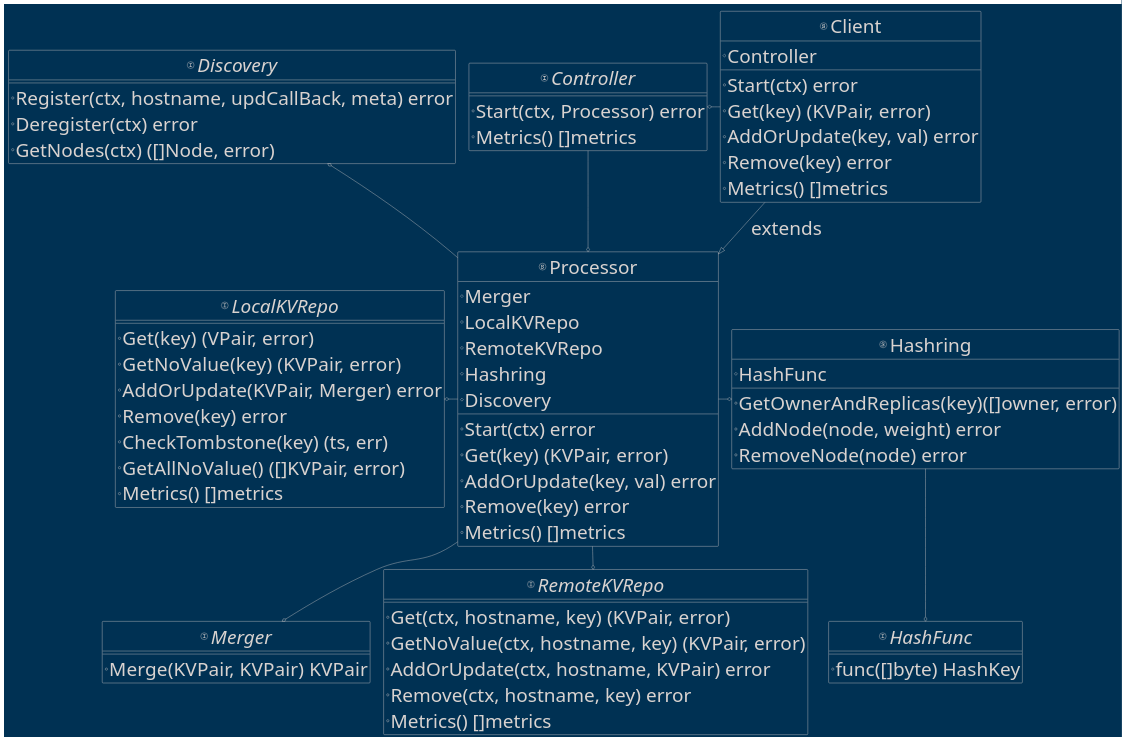
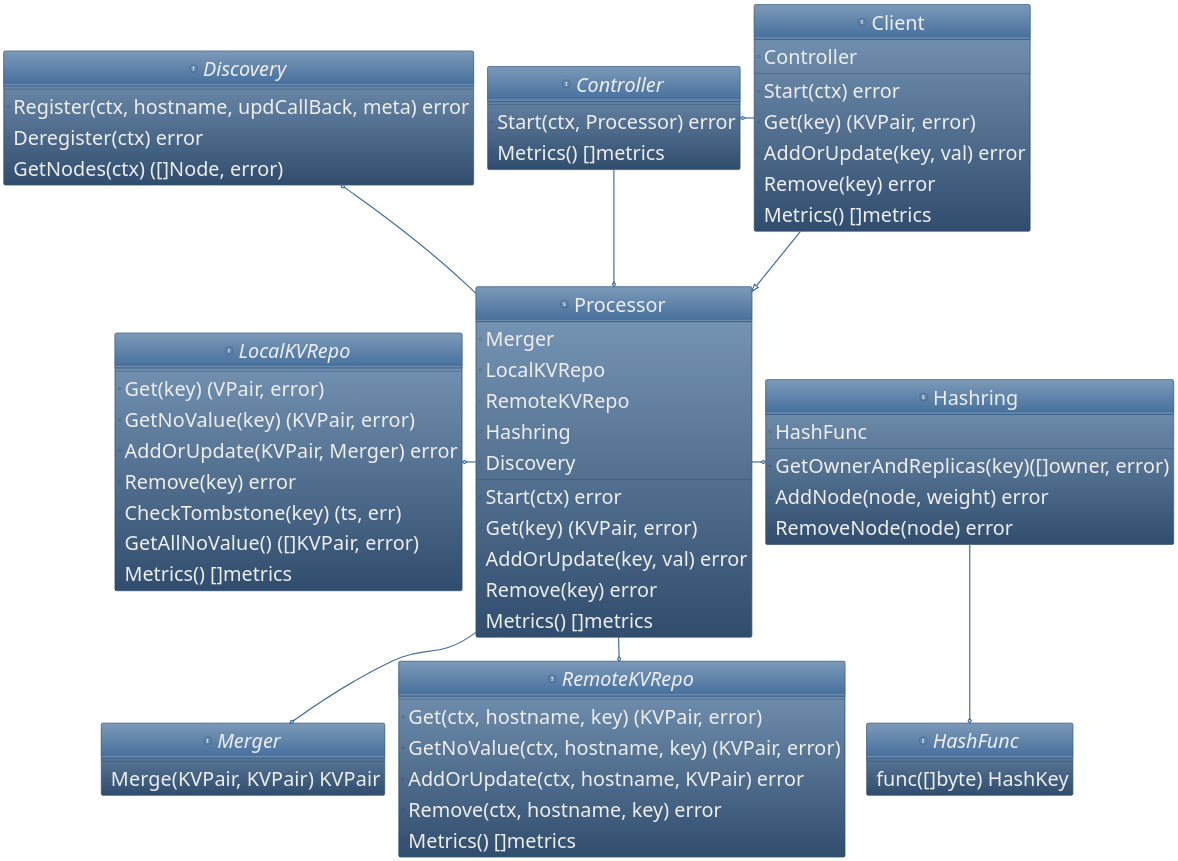
Before and after one commit to horockey/dkv: the diagram in docs/src/components_concept.puml, drawn with PlantUML. The commit also changed 6 other files, not shown here.

```diff
--- a/docs/src/components_concept.puml
+++ b/docs/src/components_concept.puml
@@ -1,88 +1,88 @@
 @startuml classes
-!theme blueprint
+!theme spacelab
 ' skinparam classFontSize 20
 skinparam classAttributeFontSize 50
 skinparam arrowFontSize 50
 ' skinparam monochrome 
 
 struct Client{
     # Controller
     + Start(ctx) error
     + Get(key) (KVPair, error)
     + AddOrUpdate(key, val) error
     + Remove(key) error
     + Metrics() []metrics
 }
 
 struct Processor{
     # Merger
     # LocalKVRepo
     # RemoteKVRepo
     # Hashring
     # Discovery
 
     + Start(ctx) error
     + Get(key) (KVPair, error)
     + AddOrUpdate(key, val) error
     + Remove(key) error
     + Metrics() []metrics
 }
 
 interface Discovery{
     + Register(ctx, hostname, updCallBack, meta) error
     + Deregister(ctx) error
     + GetNodes(ctx) ([]Node, error)
 }
 
 struct Hashring{
     # HashFunc
     + GetOwnerAndReplicas(key)([]owner, error)
     + AddNode(node, weight) error
     + RemoveNode(node) error
 }
 
 Interface HashFunc{
     + func([]byte) HashKey
 }
 
 
 Hashring --o HashFunc
 
 interface Merger{
     + Merge(KVPair, KVPair) KVPair
 }
 
 interface Controller{
     + Start(ctx, Processor) error
     + Metrics() []metrics
 }
 
 
 interface LocalKVRepo{
     + Get(key) (VPair, error)
     + GetNoValue(key) (KVPair, error)
     + AddOrUpdate(KVPair, Merger) error
     + Remove(key) error
     + CheckTombstone(key) (ts, err)
     + GetAllNoValue() ([]KVPair, error)
     + Metrics() []metrics
 }
 
 interface RemoteKVRepo{
     + Get(ctx, hostname, key) (KVPair, error)
     + GetNoValue(ctx, hostname, key) (KVPair, error)
     + AddOrUpdate(ctx, hostname, KVPair) error
     + Remove(ctx, hostname, key) error
     + Metrics() []metrics
 }
 
 
 Client --|> Processor: extends
 Client -left-o Controller
 Controller --o Processor
 Processor --o Merger
 Processor -left-o LocalKVRepo
 Processor --o RemoteKVRepo
 Processor -right-o Hashring
 Processor -up-o Discovery
 @enduml
```
